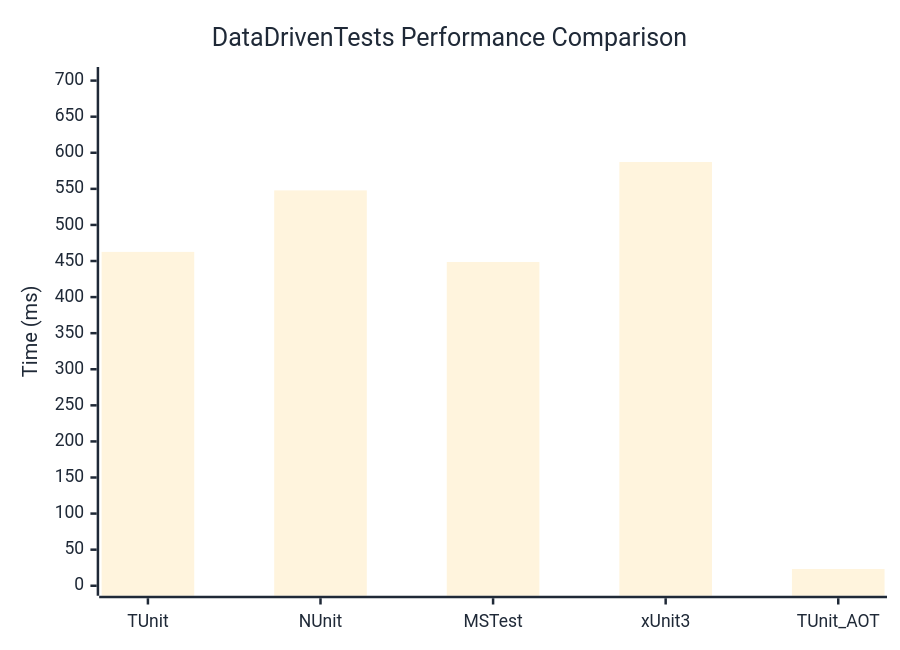
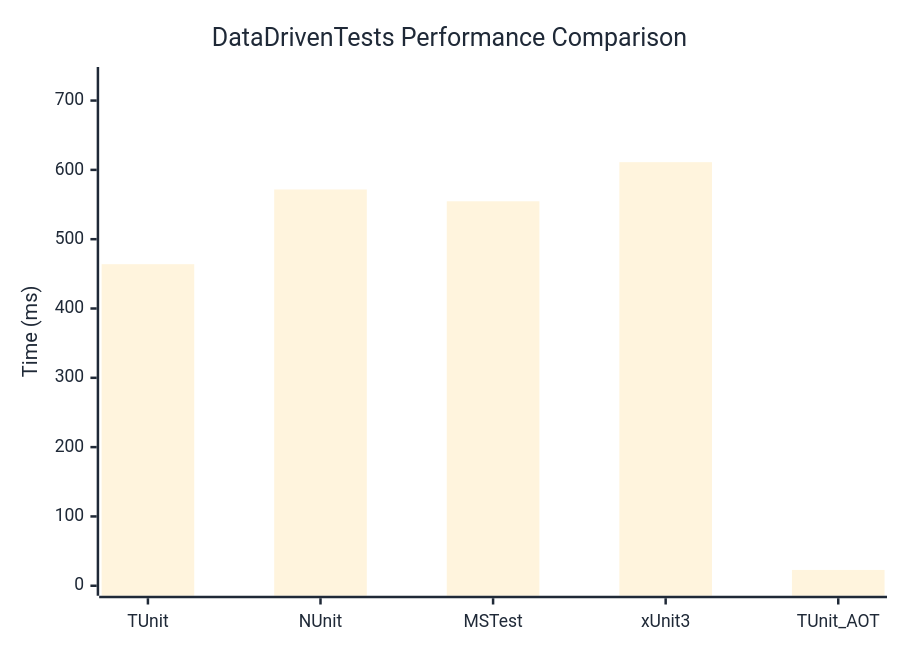
One commit to thomhurst/TUnit changed the diagram in docs/docs/benchmarks/DataDrivenTests.md. Above: the diagram before and after it, drawn with Mermaid. The commit also changed other lines of this file and 17 other files, not shown here.

````diff
--- a/docs/docs/benchmarks/DataDrivenTests.md
+++ b/docs/docs/benchmarks/DataDrivenTests.md
@@ -27,37 +27,37 @@
 ```mermaid
 %%{init: {
   'theme':'base',
   'themeVariables': {
     'primaryColor': '#2563eb',
     'primaryTextColor': '#1f2937',
     'primaryBorderColor': '#1e40af',
     'lineColor': '#6b7280',
     'secondaryColor': '#7c3aed',
     'tertiaryColor': '#dc2626',
     'background': '#ffffff',
     'mainBkg': '#2563eb',
     'secondBkg': '#7c3aed',
     'tertiaryBkg': '#dc2626',
     'clusterBkg': '#f3f4f6',
     'edgeLabelBackground': '#ffffff',
     'tertiaryTextColor': '#1f2937',
     'pie1': '#2563eb',
     'pie2': '#7c3aed',
     'pie3': '#dc2626',
     'pie4': '#f59e0b',
     'pie5': '#10b981',
     'pie6': '#06b6d4',
     'pie7': '#ec4899',
     'pie8': '#6366f1',
     'pie9': '#84cc16',
     'pie10': '#f97316',
     'pie11': '#14b8a6',
     'pie12': '#a855f7'
   }
 }}%%
 xychart-beta
   title "DataDrivenTests Performance Comparison"
   x-axis ["TUnit", "NUnit", "MSTest", "xUnit3", "TUnit_AOT"]
-  y-axis "Time (ms)" 0 --> 705
-  bar [462.62, 547.88, 448.62, 587.17, 23.17]
+  y-axis "Time (ms)" 0 --> 734
+  bar [463.92, 571.74, 554.68, 611.12, 22.82]
 ```
````
